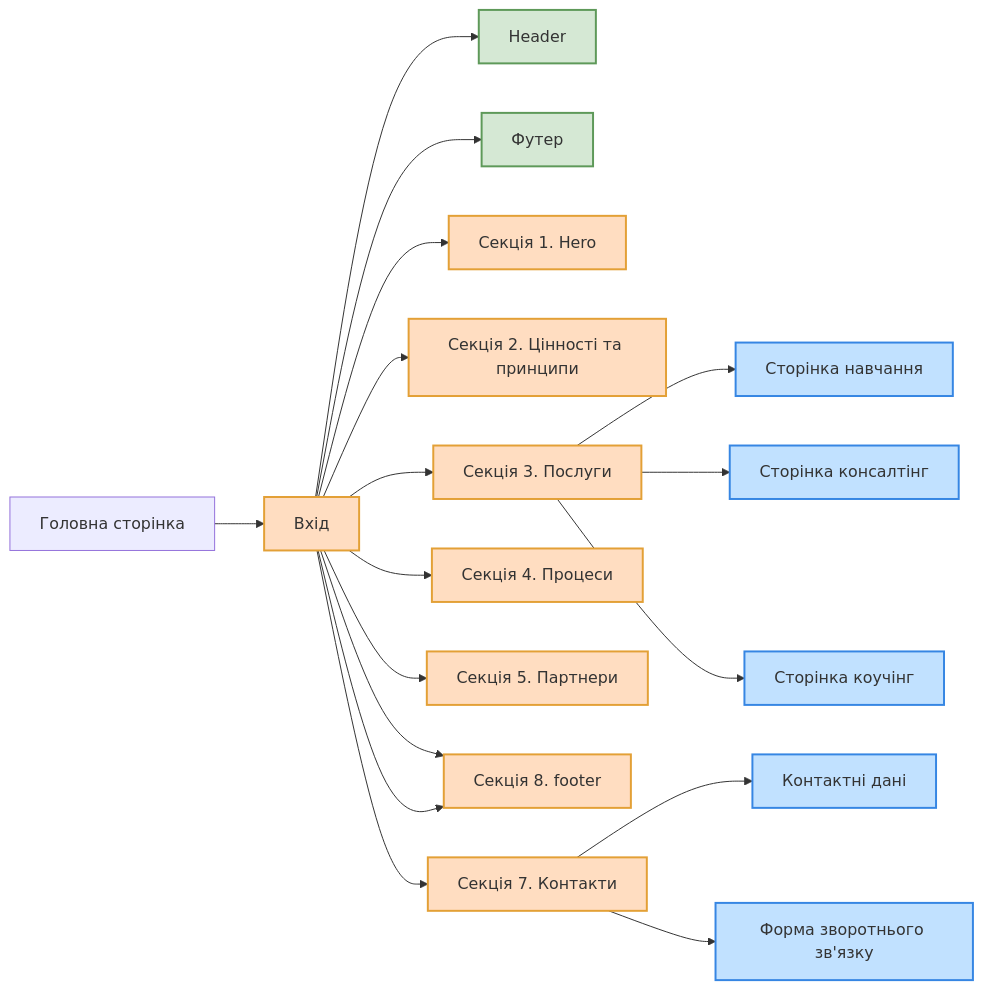
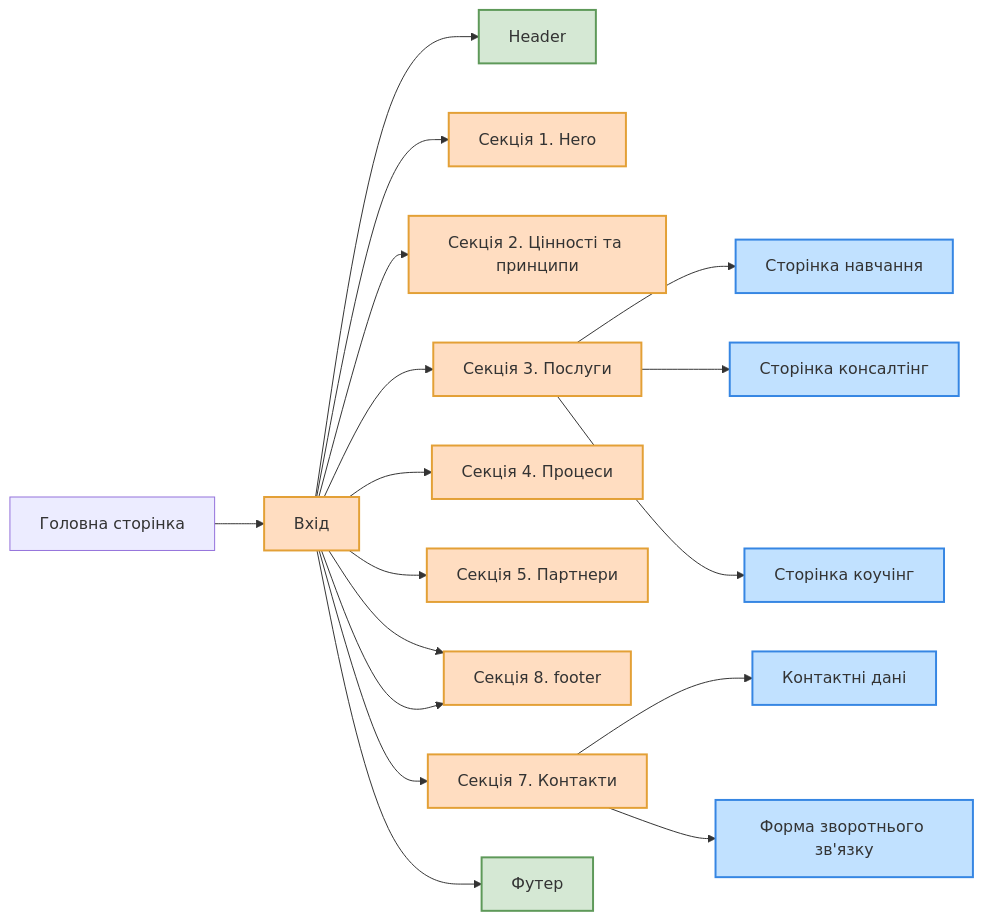
One commit to sergio-nezhigay/carptravel changed the diagram in README.md. Above: the diagram before and after it, drawn with Mermaid.

````diff
--- a/README.md
+++ b/README.md
@@ -57,44 +57,46 @@
 ```mermaid
 graph LR
 
-  %% Хедер і футер
+  %% Хедер
   style B fill:#D5E8D4, stroke:#5E9959, stroke-width:2px;
-  style J fill:#D5E8D4, stroke:#5E9959, stroke-width:2px;
 
   %% Секції
   style A fill:#FFDDC1, stroke:#E3A036, stroke-width:2px;
   style C fill:#FFDDC1, stroke:#E3A036, stroke-width:2px;
   style D fill:#FFDDC1, stroke:#E3A036, stroke-width:2px;
   style E fill:#FFDDC1, stroke:#E3A036, stroke-width:2px;
   style F fill:#FFDDC1, stroke:#E3A036, stroke-width:2px;
   style G fill:#FFDDC1, stroke:#E3A036, stroke-width:2px;
   style H fill:#FFDDC1, stroke:#E3A036, stroke-width:2px;
   style I fill:#FFDDC1, stroke:#E3A036, stroke-width:2px;
 
   %% Сторінки
   style N fill:#C1E1FF, stroke:#3686E3, stroke-width:2px;
   style O fill:#C1E1FF, stroke:#3686E3, stroke-width:2px;
   style P fill:#C1E1FF, stroke:#3686E3, stroke-width:2px;
   style R fill:#C1E1FF, stroke:#3686E3, stroke-width:2px;
   style S fill:#C1E1FF, stroke:#3686E3, stroke-width:2px;
+
+  %% Футер
+  style J fill:#D5E8D4, stroke:#5E9959, stroke-width:2px;
 
   Z[Головна сторінка] --> A[Вхід]
   A --> B[Header]
   A --> C[Секція 1. Hero]
   A --> D[Секція 2. Цінності та принципи]
   A --> E[Секція 3. Послуги]
   A --> F[Секція 4. Процеси]
   A --> G[Секція 5. Партнери]
   A --> H[Секція 6. Відгуки]
   A --> I[Секція 7. Контакти]
   A --> J[Футер]
   A --> H[Секція 8. footer]
   E --> N[Сторінка навчання]
   E --> O[Сторінка консалтінг]
   E --> P[Сторінка коучінг]
 
   I --> R[Контактні дані]
   I --> S[Форма зворотнього зв'язку]
 
 
 ```
````
